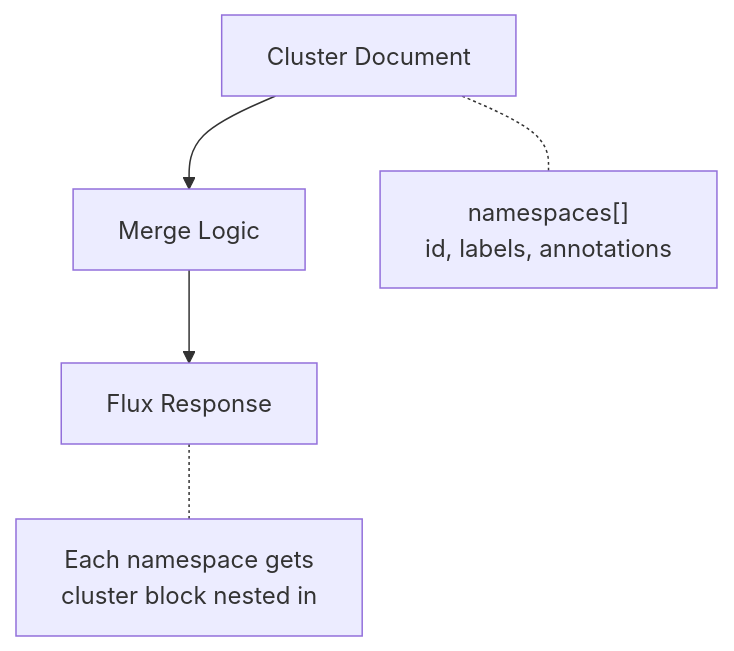
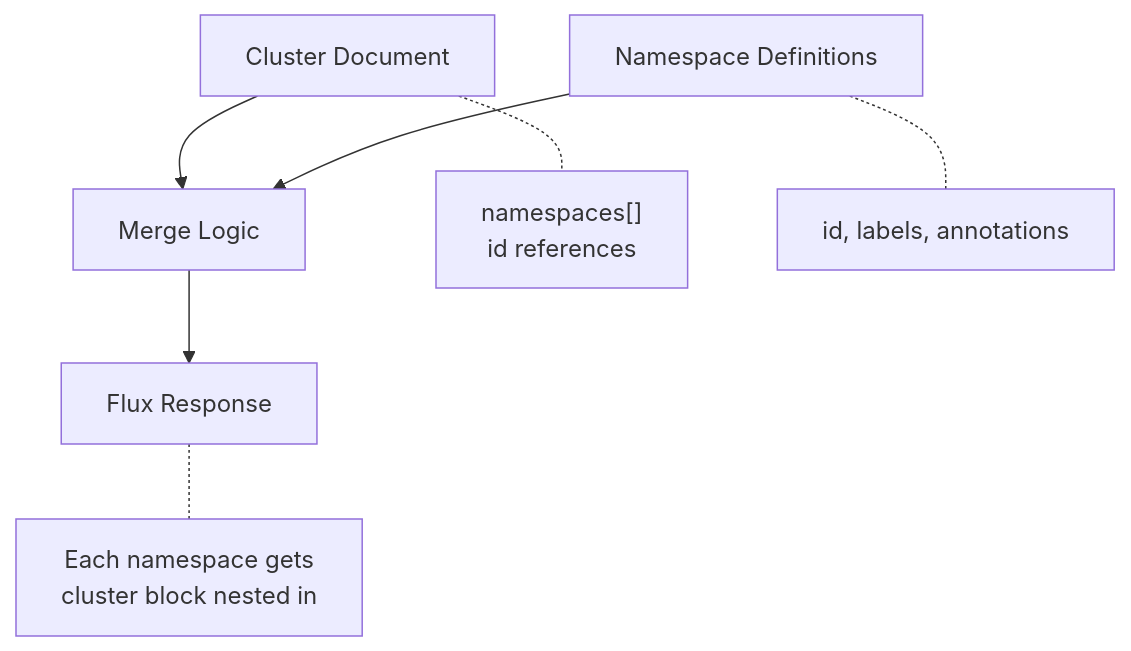
One commit to dgunzy/flux-resourceset changed the second of 2 diagrams in docs/src/merge-logic.md. Above: the diagram before and after it, drawn with Mermaid. The commit also changed other lines of this file and 28 other files, not shown here.

Commit message:
iterate on docs, make id refs in schema (#3)

````diff
--- a/docs/src/merge-logic.md
+++ b/docs/src/merge-logic.md
@@ -101,8 +101,10 @@
 ```mermaid
 flowchart TD
-    A["Cluster Document"] --> B["Merge Logic"]
-    B --> C["Flux Response"]
+    A["Cluster Document"] --> C["Merge Logic"]
+    B["Namespace Definitions"] --> C
+    C --> D["Flux Response"]
 
-    A -.- A1["namespaces[]<br/>id, labels, annotations"]
-    C -.- C1["Each namespace gets<br/>cluster block nested in"]
+    A -.- A1["namespaces[]<br/>id references"]
+    B -.- B1["id, labels, annotations"]
+    D -.- D1["Each namespace gets<br/>cluster block nested in"]
 ```
````
